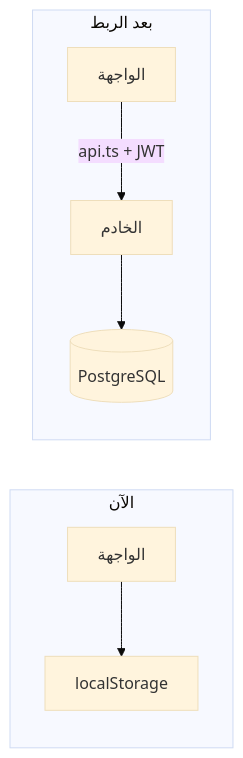
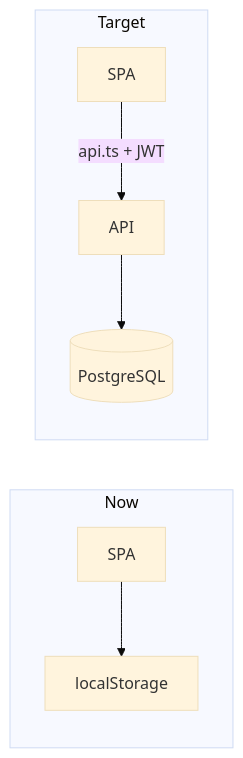
Diagram 11 of 11 in ARCHITECTURE.md (azizmf1/azizmf1), drawn with Mermaid (base theme) before and after one commit. The commit also changed other lines of this file, not shown here.

First line of the commit message:
docs: rewrite ARCHITECTURE.md in English, comprehensive (C4, ADRs, NFRs)

````diff
--- a/ARCHITECTURE.md
+++ b/ARCHITECTURE.md
@@ -243,9 +579,9 @@
 ```mermaid
 graph LR
-  subgraph "الآن"
-    A1[الواجهة] --> A2[localStorage]
+  subgraph Now
+    a1[SPA] --> a2[localStorage]
   end
-  subgraph "بعد الربط"
-    B1[الواجهة] -->|api.ts + JWT| B2[الخادم] --> B3[(PostgreSQL)]
+  subgraph Target
+    b1[SPA] -->|api.ts + JWT| b2[API] --> b3[(PostgreSQL)]
   end
 ```
````
